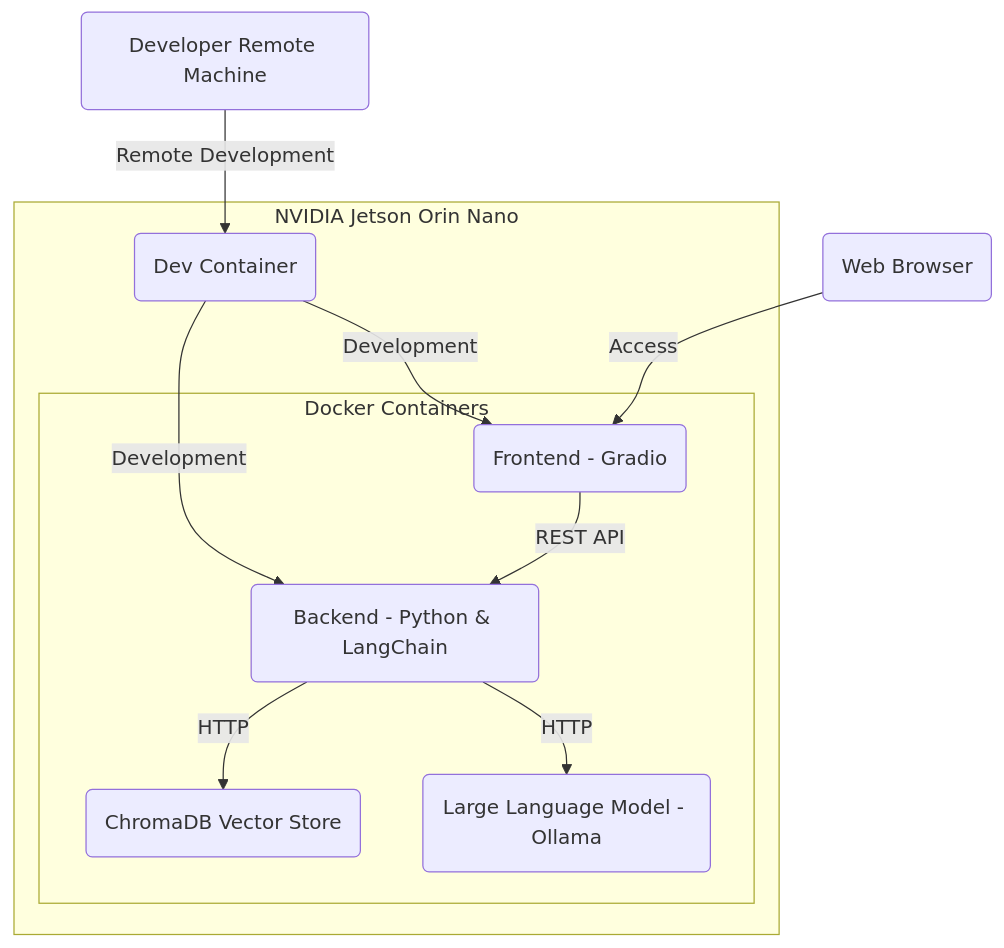
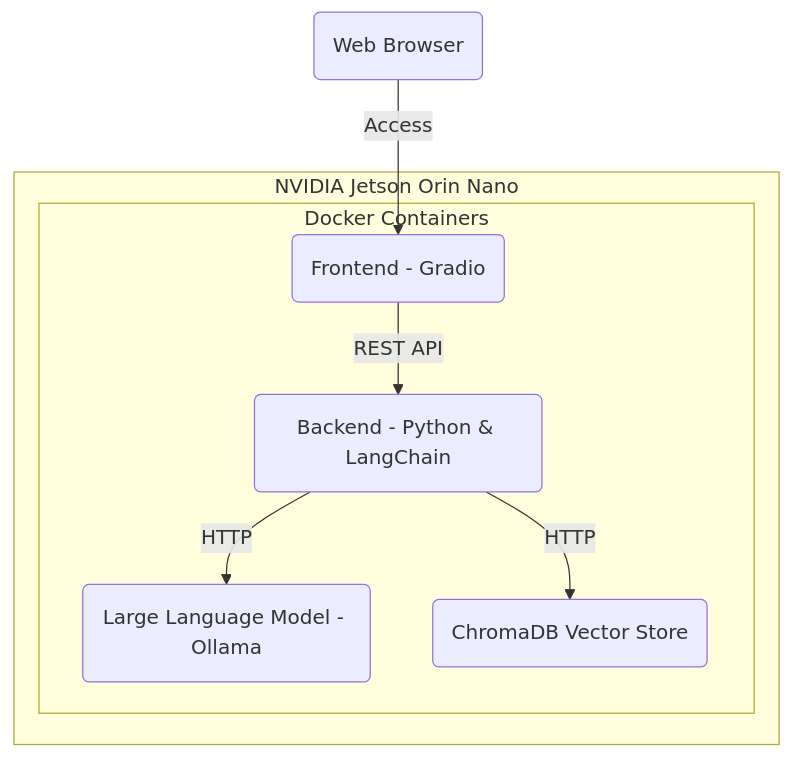
One commit to hse-digital-engineering/build-your-own-chatbot changed the first of 2 diagrams in README.md. Above: the diagram before and after it, drawn with Mermaid. The commit also changed other lines of this file, not shown here.

Commit message:
skip dev containers

````diff
--- a/README.md
+++ b/README.md
@@ -31,20 +30,17 @@
 ```mermaid
 graph TD
     subgraph NVIDIA Jetson Orin Nano
         subgraph Docker Containers
             Frontend(Frontend - Gradio) 
             Backend(Backend - Python & LangChain)
             LLM(Large Language Model - Ollama)
             VectorStore(ChromaDB Vector Store)
         end
 
         Frontend -->|REST API| Backend
         Backend -->|HTTP| LLM
         Backend -->|HTTP| VectorStore
-        DevContainer(Dev Container) -->|Development| Frontend
-        DevContainer -->|Development| Backend
     end
 
     WebBrowser(Web Browser) -->|Access| Frontend
-    DevRemote(Developer Remote Machine) -->|Remote Development| DevContainer
 ```
````
